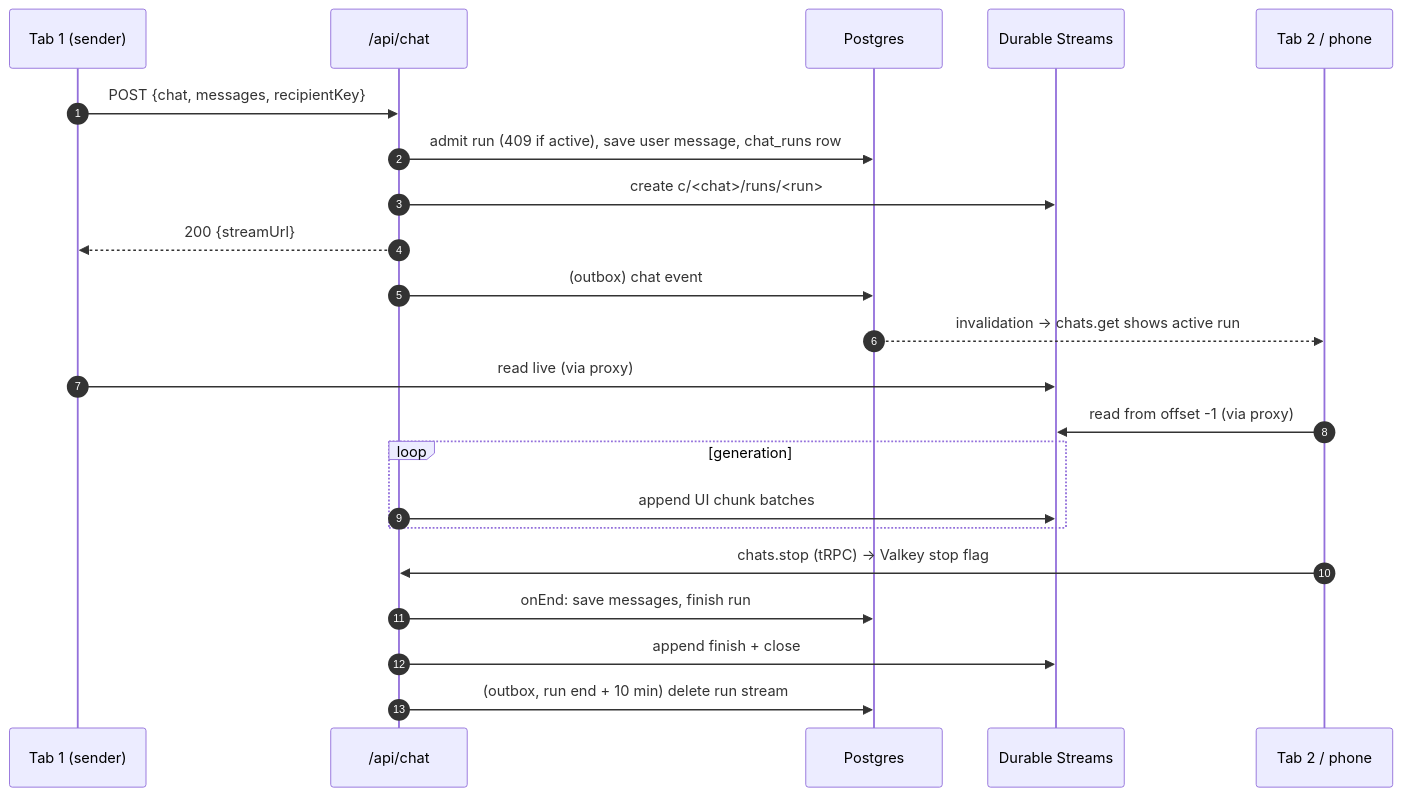
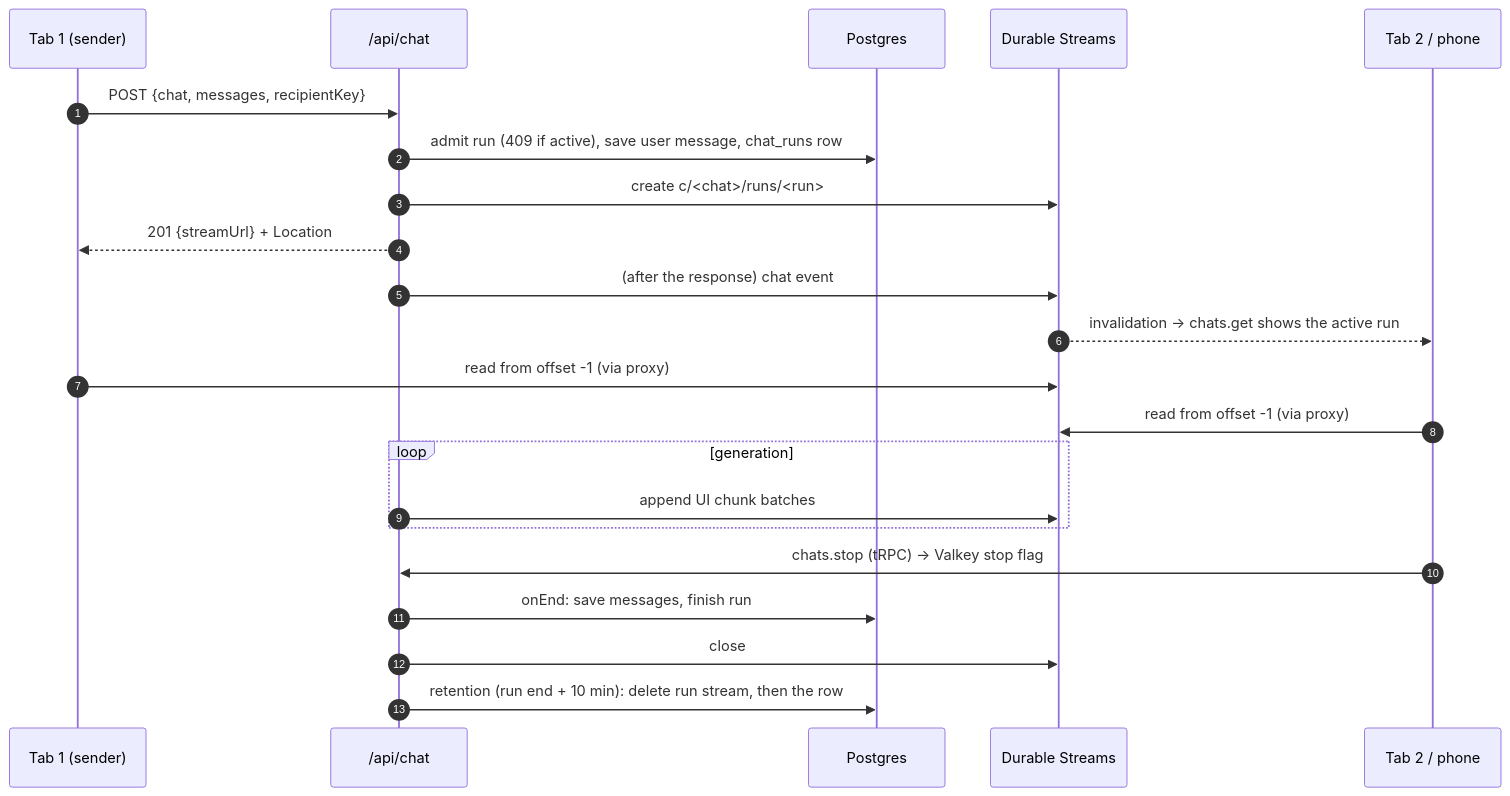
Before and after one commit to alkalines/Radium: the first of 2 diagrams in docs/Backend_Migration/Live_Data.md, drawn with Mermaid. The commit also changed other lines of this file and 96 other files, not shown here.

````diff
--- a/docs/Backend_Migration/Live_Data.md
+++ b/docs/Backend_Migration/Live_Data.md
@@ -98,25 +102,25 @@
 ```mermaid
 sequenceDiagram
     autonumber
     participant T1 as Tab 1 (sender)
     participant API as /api/chat
     participant PG as Postgres
     participant DS as Durable Streams
     participant T2 as Tab 2 / phone
 
     T1->>API: POST {chat, messages, recipientKey}
     API->>PG: admit run (409 if active), save user message, chat_runs row
     API->>DS: create c/<chat>/runs/<run>
-    API-->>T1: 200 {streamUrl}
-    API->>PG: (outbox) chat event
-    PG-->>T2: invalidation → chats.get shows active run
-    T1->>DS: read live (via proxy)
+    API-->>T1: 201 {streamUrl} + Location
+    API->>DS: (after the response) chat event
+    DS-->>T2: invalidation → chats.get shows the active run
+    T1->>DS: read from offset -1 (via proxy)
     T2->>DS: read from offset -1 (via proxy)
     loop generation
         API->>DS: append UI chunk batches
     end
     T2->>API: chats.stop (tRPC) → Valkey stop flag
     API->>PG: onEnd: save messages, finish run
-    API->>DS: append finish + close
-    API->>PG: (outbox, run end + 10 min) delete run stream
+    API->>DS: close
+    API->>PG: retention (run end + 10 min): delete run stream, then the row
 ```
````
